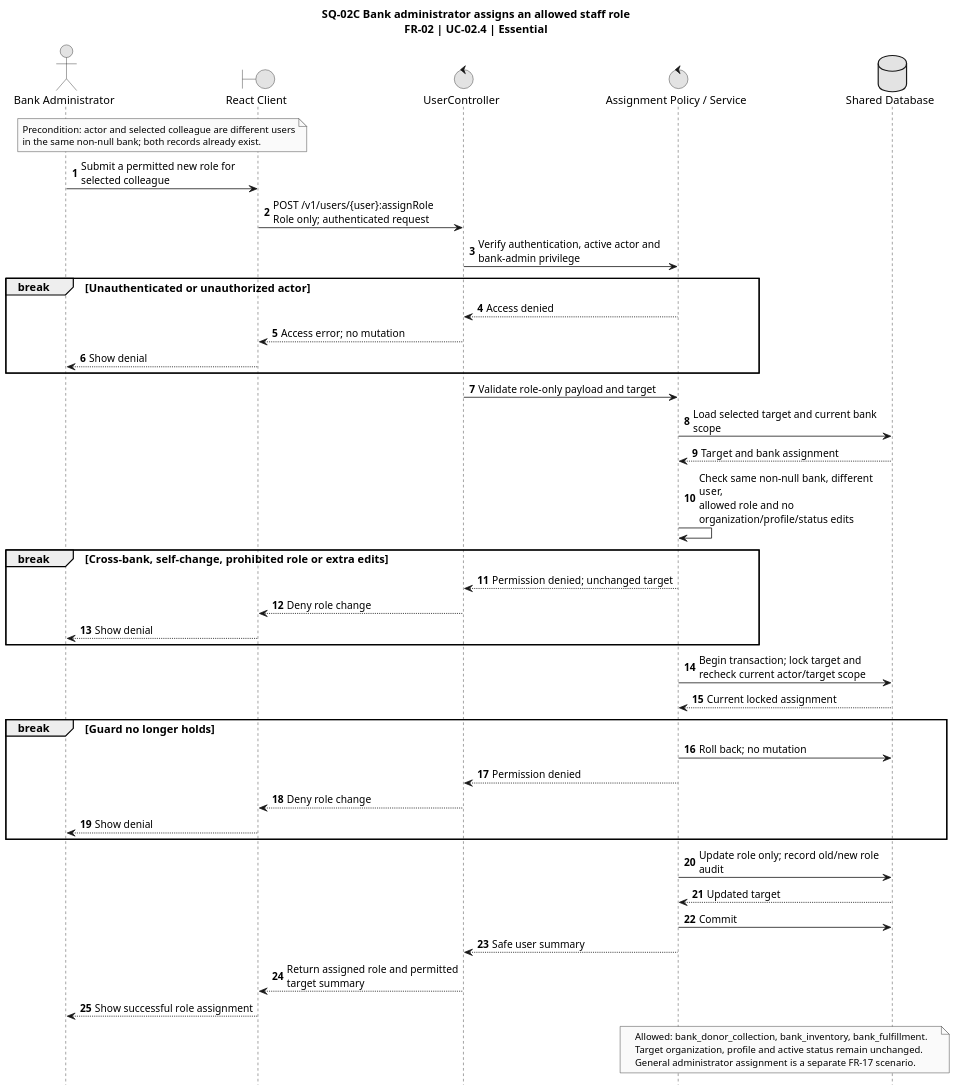
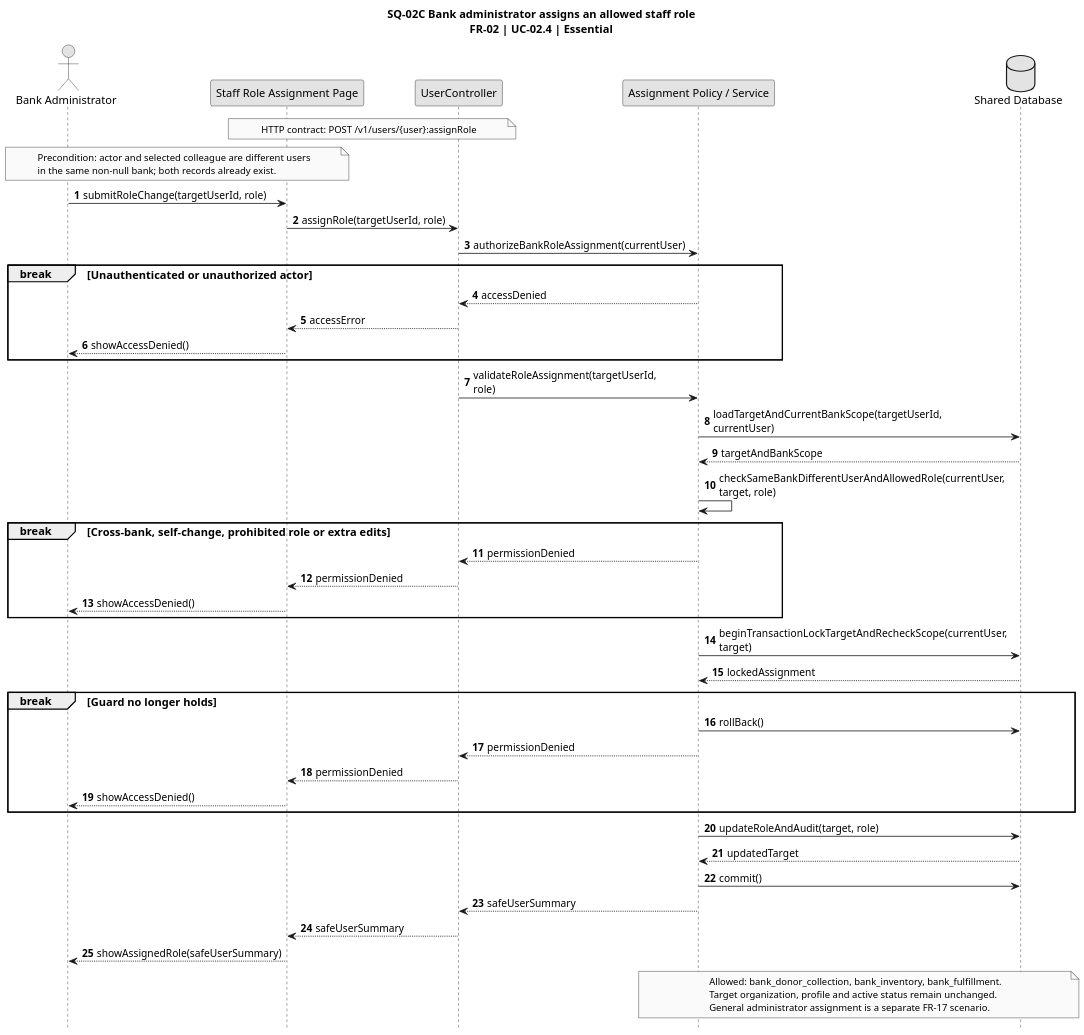
The tenth of 16 diagrams in docs/uml/PlantUML-Sources.md (TitanDevX/BloodBankPlatformUni), drawn with PlantUML before and after one commit. The commit also changed other lines of this file and 17 other files, not shown here.

````diff
--- a/docs/uml/PlantUML-Sources.md
+++ b/docs/uml/PlantUML-Sources.md
@@ -549,60 +570,63 @@
 ```plantuml
 @startuml SQ02C_Assign
 title SQ-02C Bank administrator assigns an allowed staff role\nFR-02 | UC-02.4 | Essential
 skinparam monochrome true
 skinparam shadowing false
 skinparam defaultFontName Arial
 skinparam defaultFontSize 14
 skinparam ArrowFontSize 13
 skinparam noteFontSize 12
 skinparam dpi 140
 hide footbox
 skinparam maxMessageSize 240
 autonumber
 actor "Bank Administrator" as Admin
-boundary "React Client" as Client
-control UserController as Ctrl
-control "Assignment Policy / Service" as Policy
+participant "Staff Role Assignment Page" as Client
+participant UserController as Ctrl
+participant "Assignment Policy / Service" as Policy
 database "Shared Database" as DB
+note over Client, Ctrl
+ HTTP contract: POST /v1/users/{user}:assignRole
+end note
 note over Admin, Client
  Precondition: actor and selected colleague are different users
  in the same non-null bank; both records already exist.
 end note
-Admin -> Client: Submit a permitted new role for selected colleague
-Client -> Ctrl: POST /v1/users/{user}:assignRole\nRole only; authenticated request
-Ctrl -> Policy: Verify authentication, active actor and bank-admin privilege
+Admin -> Client: submitRoleChange(targetUserId, role)
+Client -> Ctrl: assignRole(targetUserId, role)
+Ctrl -> Policy: authorizeBankRoleAssignment(currentUser)
 break Unauthenticated or unauthorized actor
- Policy --> Ctrl: Access denied
- Ctrl --> Client: Access error; no mutation
- Client --> Admin: Show denial
+ Policy --> Ctrl: accessDenied
+ Ctrl --> Client: accessError
+ Client --> Admin: showAccessDenied()
 end
-Ctrl -> Policy: Validate role-only payload and target
-Policy -> DB: Load selected target and current bank scope
-DB --> Policy: Target and bank assignment
-Policy -> Policy: Check same non-null bank, different user,\nallowed role and no organization/profile/status edits
+Ctrl -> Policy: validateRoleAssignment(targetUserId, role)
+Policy -> DB: loadTargetAndCurrentBankScope(targetUserId, currentUser)
+DB --> Policy: targetAndBankScope
+Policy -> Policy: checkSameBankDifferentUserAndAllowedRole(currentUser, target, role)
 break Cross-bank, self-change, prohibited role or extra edits
- Policy --> Ctrl: Permission denied; unchanged target
- Ctrl --> Client: Deny role change
- Client --> Admin: Show denial
+ Policy --> Ctrl: permissionDenied
+ Ctrl --> Client: permissionDenied
+ Client --> Admin: showAccessDenied()
 end
-Policy -> DB: Begin transaction; lock target and\nrecheck current actor/target scope
-DB --> Policy: Current locked assignment
+Policy -> DB: beginTransactionLockTargetAndRecheckScope(currentUser, target)
+DB --> Policy: lockedAssignment
 break Guard no longer holds
- Policy -> DB: Roll back; no mutation
- Policy --> Ctrl: Permission denied
- Ctrl --> Client: Deny role change
- Client --> Admin: Show denial
+ Policy -> DB: rollBack()
+ Policy --> Ctrl: permissionDenied
+ Ctrl --> Client: permissionDenied
+ Client --> Admin: showAccessDenied()
 end
-Policy -> DB: Update role only; record old/new role audit
-DB --> Policy: Updated target
-Policy -> DB: Commit
-Policy --> Ctrl: Safe user summary
-Ctrl --> Client: Return assigned role and permitted target summary
-Client --> Admin: Show successful role assignment
+Policy -> DB: updateRoleAndAudit(target, role)
+DB --> Policy: updatedTarget
+Policy -> DB: commit()
+Policy --> Ctrl: safeUserSummary
+Ctrl --> Client: safeUserSummary
+Client --> Admin: showAssignedRole(safeUserSummary)
 note over Policy, DB
  Allowed: bank_donor_collection, bank_inventory, bank_fulfillment.
  Target organization, profile and active status remain unchanged.
  General administrator assignment is a separate FR-17 scenario.
 end note
 @enduml
 ```
````
